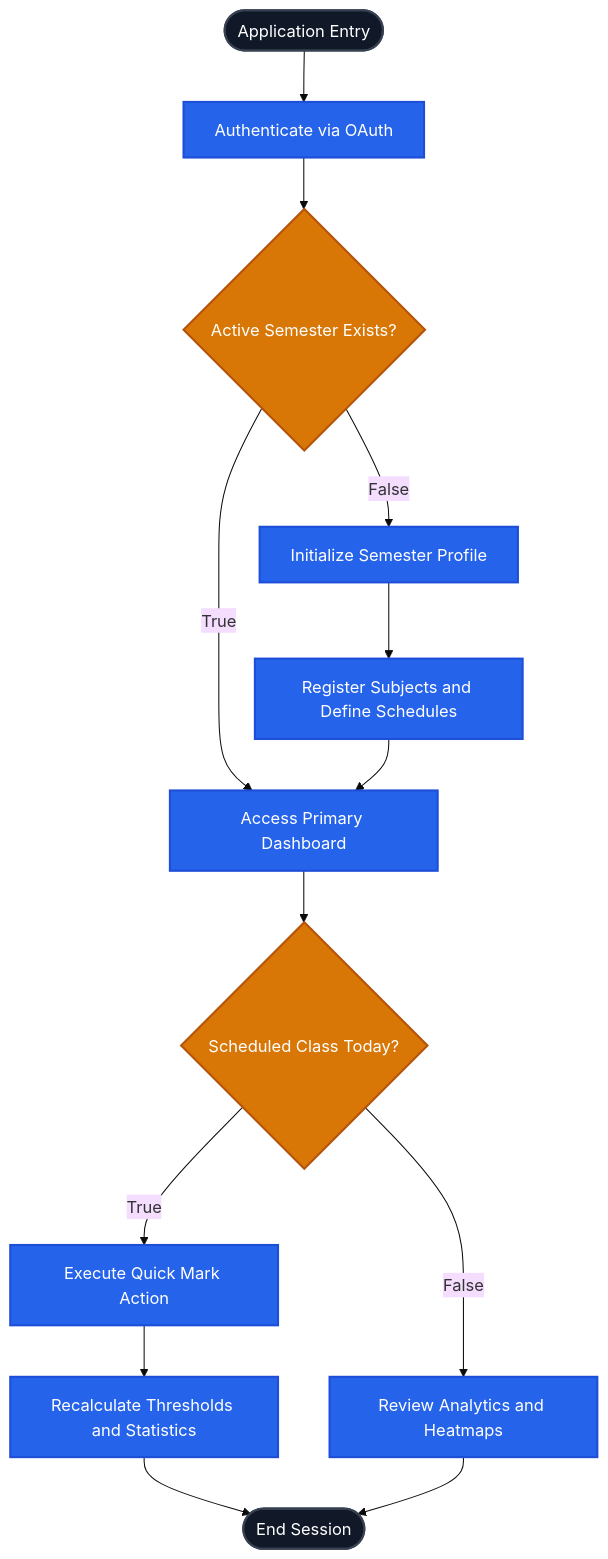
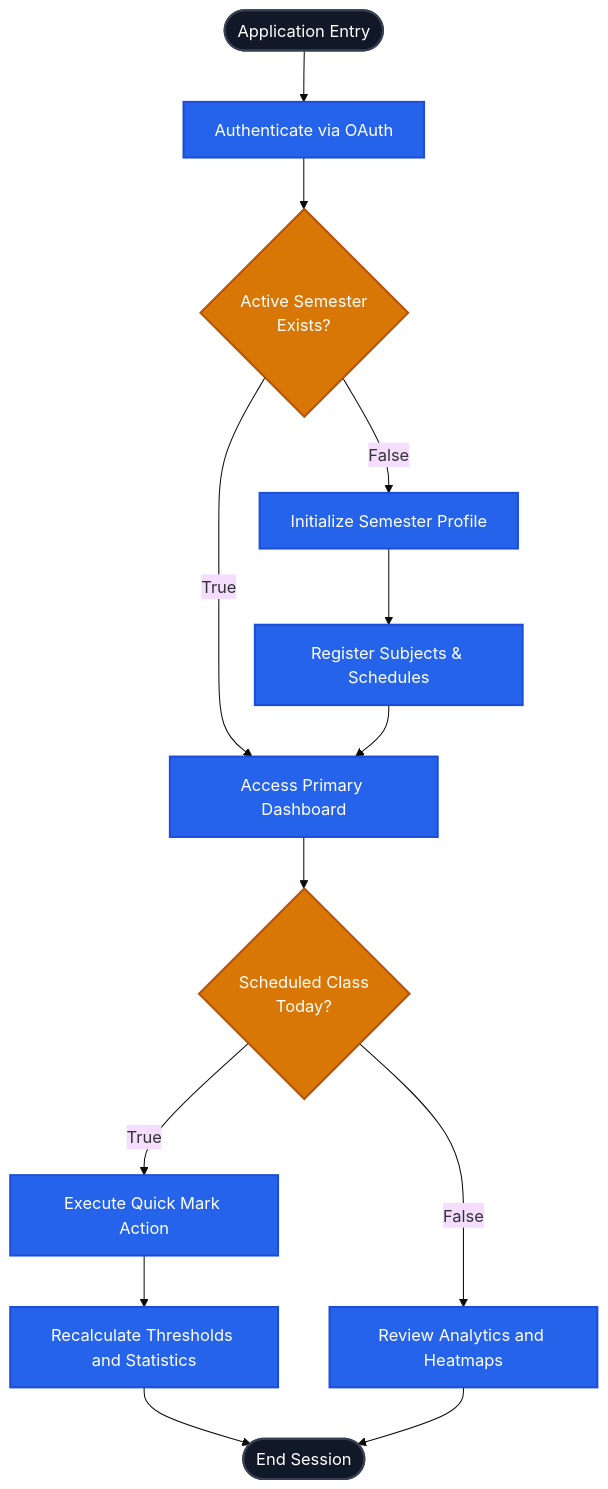
Before and after one commit to simply-mihir/attendease: the second of 3 diagrams in README.md, drawn with Mermaid (base theme). The commit also changed other lines of this file, not shown here.

````diff
--- a/README.md
+++ b/README.md
@@ -71,21 +124,28 @@
 ```mermaid
 flowchart TD
-    classDef start fill:#111827,stroke:#374151,stroke-width:2px,color:#ffffff
+    Start([ Application Entry]) --> Login[Authenticate via OAuth]
+
+    Login --> HasSem{Active Semester<br/>Exists?}
+
+    HasSem -- False --> CreateSem[Initialize Semester Profile]
+    CreateSem --> AddSub[Register Subjects & Schedules]
+    
+    HasSem -- True --> Dash[Access Primary Dashboard]
+    AddSub --> Dash
+    
+    Dash --> Mark{Scheduled Class<br/>Today?}
+    Mark -- True --> QuickMark[Execute Quick Mark Action]
+    QuickMark --> Calc[Recalculate Thresholds and Statistics]
+    Calc --> End([End Session])
+    
+    Mark -- False --> ViewAnalytics[Review Analytics and Heatmaps]
+    ViewAnalytics --> End
+
+    classDef terminal fill:#111827,stroke:#374151,stroke-width:2px,color:#ffffff
     classDef process fill:#2563eb,stroke:#1d4ed8,stroke-width:2px,color:#ffffff
     classDef decision fill:#d97706,stroke:#b45309,stroke-width:2px,color:#ffffff
-
-    Start([Application Entry]):::start --> Login[Authenticate via OAuth]:::process
-    Login --> HasSem{Active Semester Exists?}:::decision
     
-    HasSem -->|False| CreateSem[Initialize Semester Profile]:::process
-    CreateSem --> AddSub[Register Subjects and Define Schedules]:::process
-    HasSem -->|True| Dash[Access Primary Dashboard]:::process
-    AddSub --> Dash
-    
-    Dash --> Mark{Scheduled Class Today?}:::decision
-    Mark -->|True| QuickMark[Execute Quick Mark Action]:::process
-    QuickMark --> Calc[Recalculate Thresholds and Statistics]:::process
-    Calc --> End([End Session]):::start
-    Mark -->|False| ViewAnalytics[Review Analytics and Heatmaps]:::process
-    ViewAnalytics --> End
+    class Start,End terminal
+    class Login,CreateSem,AddSub,Dash,QuickMark,Calc,ViewAnalytics process
+    class HasSem,Mark decision
 ```
````
